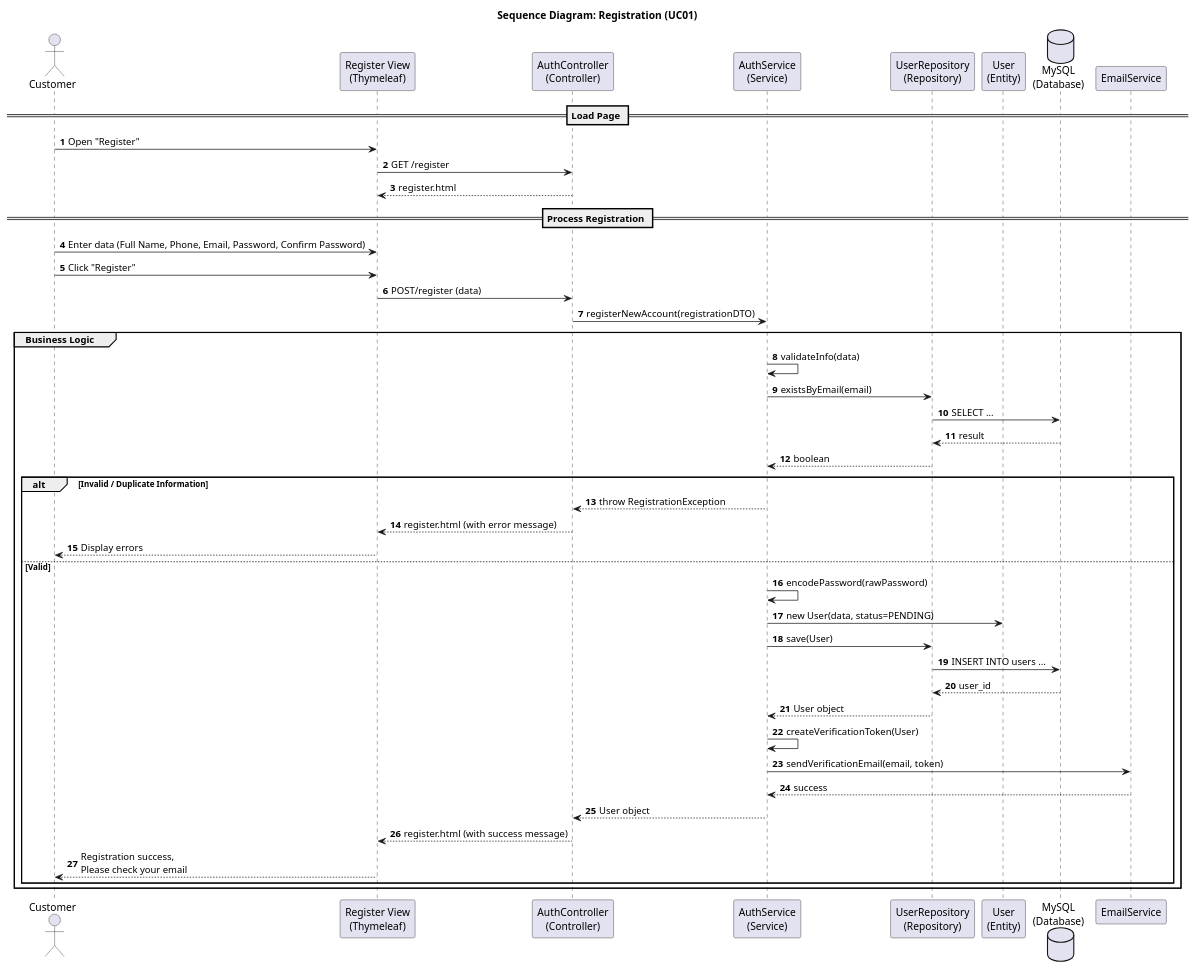
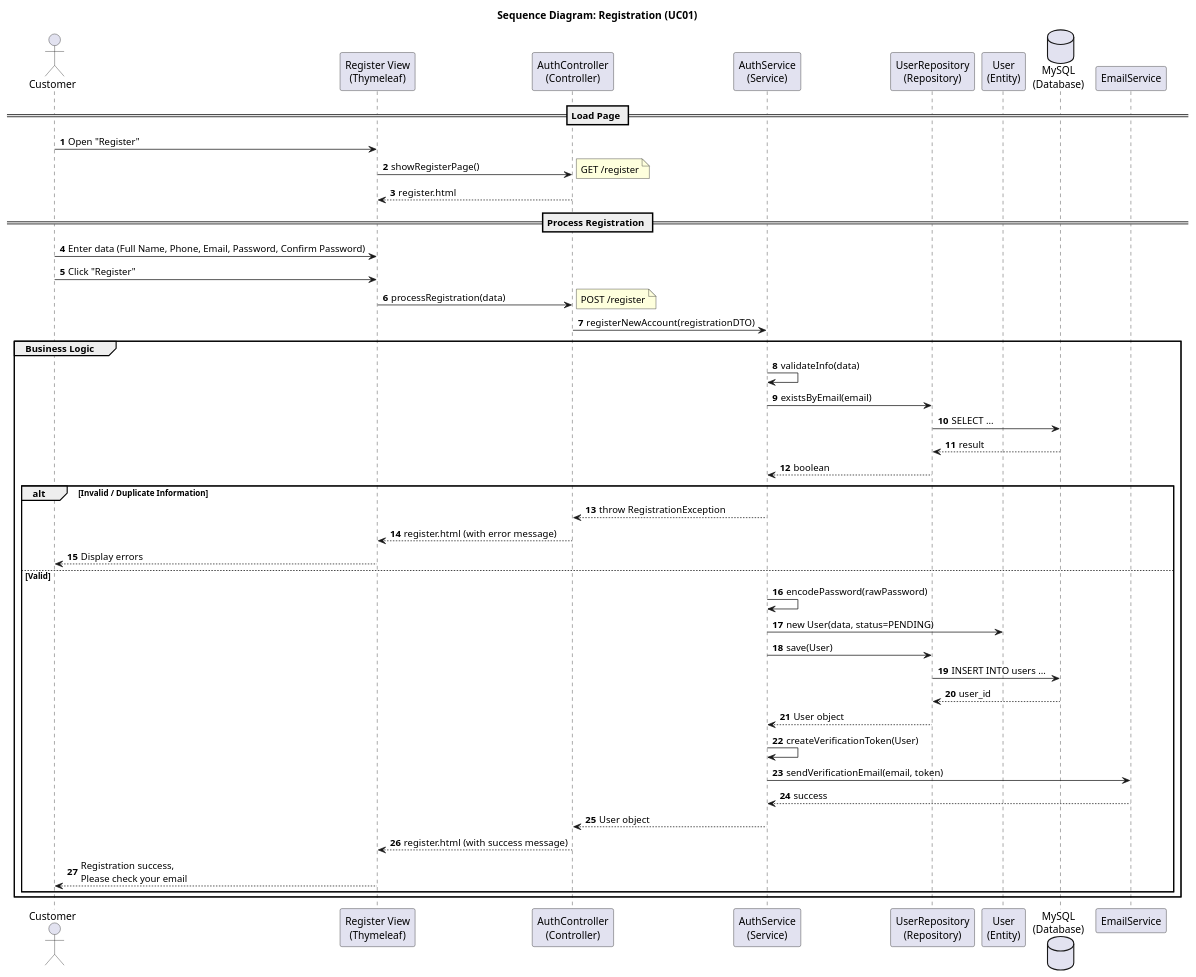
Before and after one commit to Peterdir/fashion-store-system: the diagram in src/main/java/org/example/fashionstoresystem/uml/Sequence/SD01_Registration.puml, drawn with PlantUML. The commit also changed 13 other files, not shown here.

Commit message:
Implement Class Diagram and Update Sequence Diagram

```diff
--- a/src/main/java/org/example/fashionstoresystem/uml/Sequence/SD01_Registration.puml
+++ b/src/main/java/org/example/fashionstoresystem/uml/Sequence/SD01_Registration.puml
@@ -1,55 +1,57 @@
 @startuml
 title Sequence Diagram: Registration (UC01)
 
 autonumber
 actor Customer
 participant "Register View\n(Thymeleaf)" as View
 participant "AuthController\n(Controller)" as Controller
 participant "AuthService\n(Service)" as Service
 participant "UserRepository\n(Repository)" as Repository
 participant "User\n(Entity)" as Entity
 database "MySQL\n(Database)" as DB
 participant "EmailService" as Mail
 
 == Load Page ==
 Customer -> View : Open "Register"
-View -> Controller : GET /register
+View -> Controller : showRegisterPage()
+note right: GET /register
 Controller --> View : register.html
 
 == Process Registration ==
 Customer -> View : Enter data (Full Name, Phone, Email, Password, Confirm Password)
 Customer -> View : Click "Register"
-View -> Controller : POST/register (data)
+View -> Controller : processRegistration(data)
+note right: POST /register
 Controller -> Service : registerNewAccount(registrationDTO)
 
 group Business Logic
     Service -> Service : validateInfo(data)
 
     Service -> Repository : existsByEmail(email)
     Repository -> DB : SELECT ...
     DB --> Repository : result
     Repository --> Service: boolean
 
     alt Invalid / Duplicate Information
         Service --> Controller : throw RegistrationException
         Controller --> View : register.html (with error message)
         View --> Customer : Display errors
     else Valid
         Service -> Service : encodePassword(rawPassword)
         Service -> Entity: new User(data, status=PENDING)
 
         Service -> Repository : save(User)
         Repository -> DB : INSERT INTO users ...
         DB --> Repository : user_id
         Repository --> Service : User object
 
         Service -> Service : createVerificationToken(User)
         Service -> Mail : sendVerificationEmail(email, token)
         Mail --> Service : success
 
         Service --> Controller : User object
         Controller --> View : register.html (with success message)
         View --> Customer : Registration success, \nPlease check your email
     end
 end
 @enduml
```
